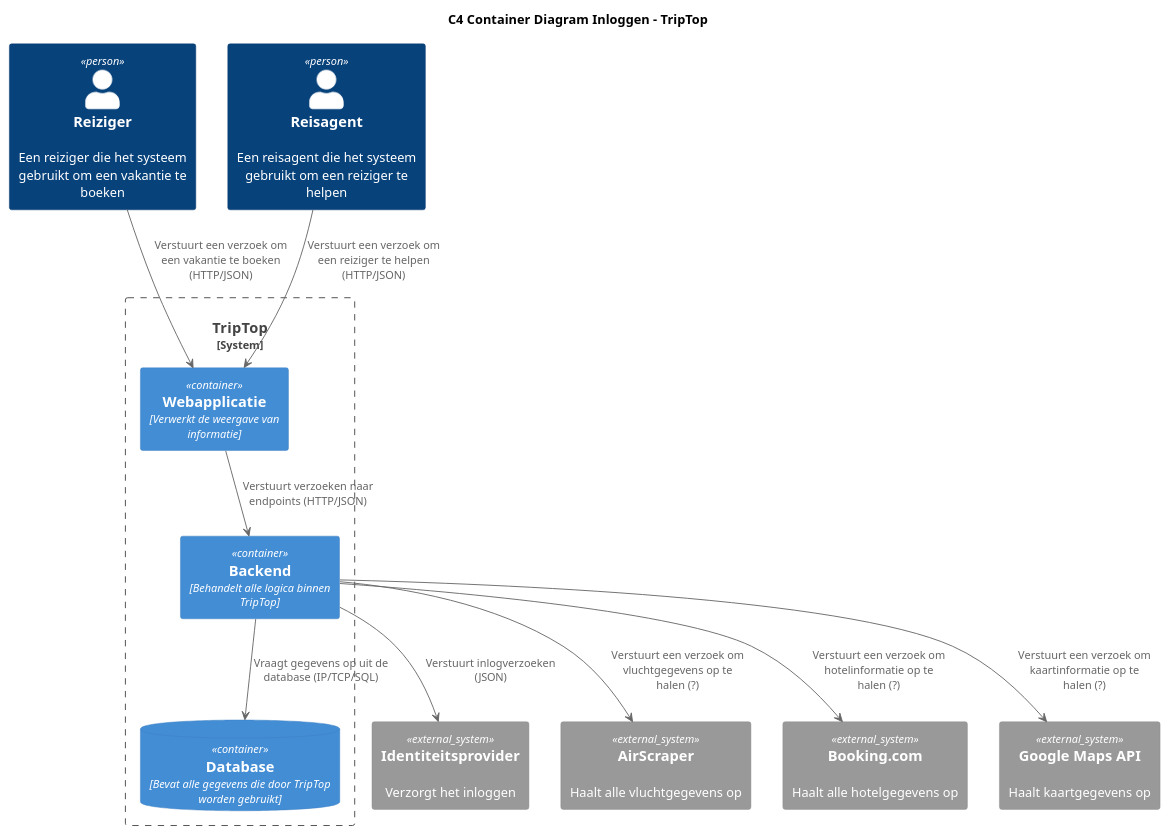
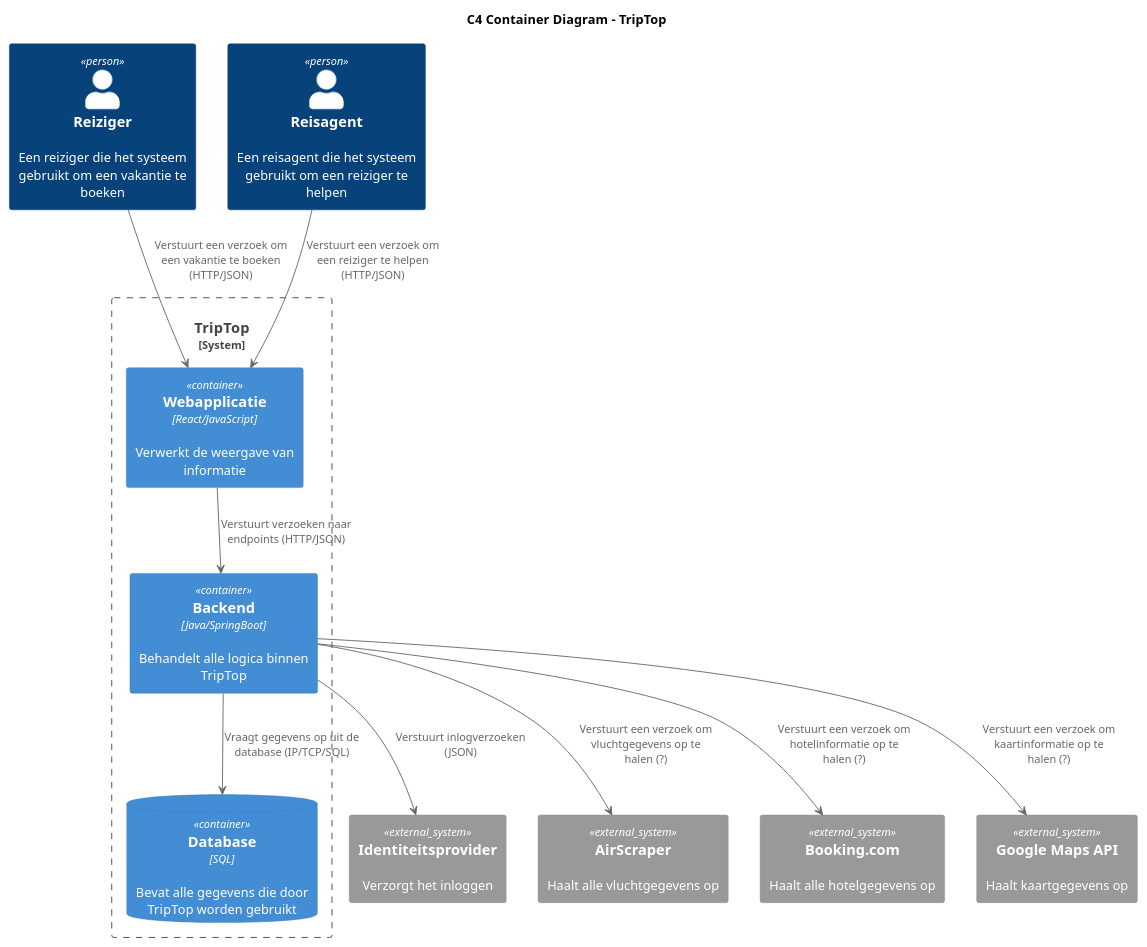
Before and after one commit to AIM-ENE-feb25/triptop-groep-b4: the diagram in C4_diagrammen/Container-diagram-TripTop.puml, drawn with PlantUML. The commit also changed 5 other files, not shown here.

Commit message:
Context Diagram & uitleg in SGB

```diff
--- a/C4_diagrammen/Container-diagram-TripTop.puml
+++ b/C4_diagrammen/Container-diagram-TripTop.puml
@@ -1,30 +1,30 @@
 @startuml
 
 !include https://raw.githubusercontent.com/plantuml-stdlib/C4-PlantUML/master/C4_Container.puml
 
-title C4 Container Diagram Inloggen - TripTop
+title C4 Container Diagram - TripTop
 
 Person(Reiziger, "Reiziger", "Een reiziger die het systeem gebruikt om een vakantie te boeken")
 Person(Reisagent, "Reisagent", "Een reisagent die het systeem gebruikt om een reiziger te helpen")
 
 System_Boundary(TripTop, "TripTop") {
-    Container(Web_app, "Webapplicatie", "Verwerkt de weergave van informatie")
-    Container(Backend, "Backend", "Behandelt alle logica binnen TripTop")
-    ContainerDb(Database, "Database", "Bevat alle gegevens die door TripTop worden gebruikt")
+    Container(Web_app, "Webapplicatie", "React/JavaScript", "Verwerkt de weergave van informatie")
+    Container(Backend, "Backend", "Java/SpringBoot", "Behandelt alle logica binnen TripTop")
+    ContainerDb(Database, "Database", "SQL", "Bevat alle gegevens die door TripTop worden gebruikt")
 }
 
 System_Ext(Identiteitsprovider, "Identiteitsprovider", "Verzorgt het inloggen")
 System_Ext(AirScraper, "AirScraper", "Haalt alle vluchtgegevens op")
 System_Ext(BookingCom, "Booking.com", "Haalt alle hotelgegevens op")
 System_Ext(GoogleMapsAPI, "Google Maps API", "Haalt kaartgegevens op")
 
 Backend --> Database : "Vraagt gegevens op uit de database (IP/TCP/SQL)"
 Reiziger --> Web_app: "Verstuurt een verzoek om een vakantie te boeken (HTTP/JSON)"
 Reisagent --> Web_app: "Verstuurt een verzoek om een reiziger te helpen (HTTP/JSON)"
 Web_app --> Backend: "Verstuurt verzoeken naar endpoints (HTTP/JSON)"
 Backend --> Identiteitsprovider: "Verstuurt inlogverzoeken (JSON)"
 Backend --> AirScraper: "Verstuurt een verzoek om vluchtgegevens op te halen (?)"
 Backend --> BookingCom: "Verstuurt een verzoek om hotelinformatie op te halen (?)"
 Backend --> GoogleMapsAPI: "Verstuurt een verzoek om kaartinformatie op te halen (?)"
 
 @enduml
```
